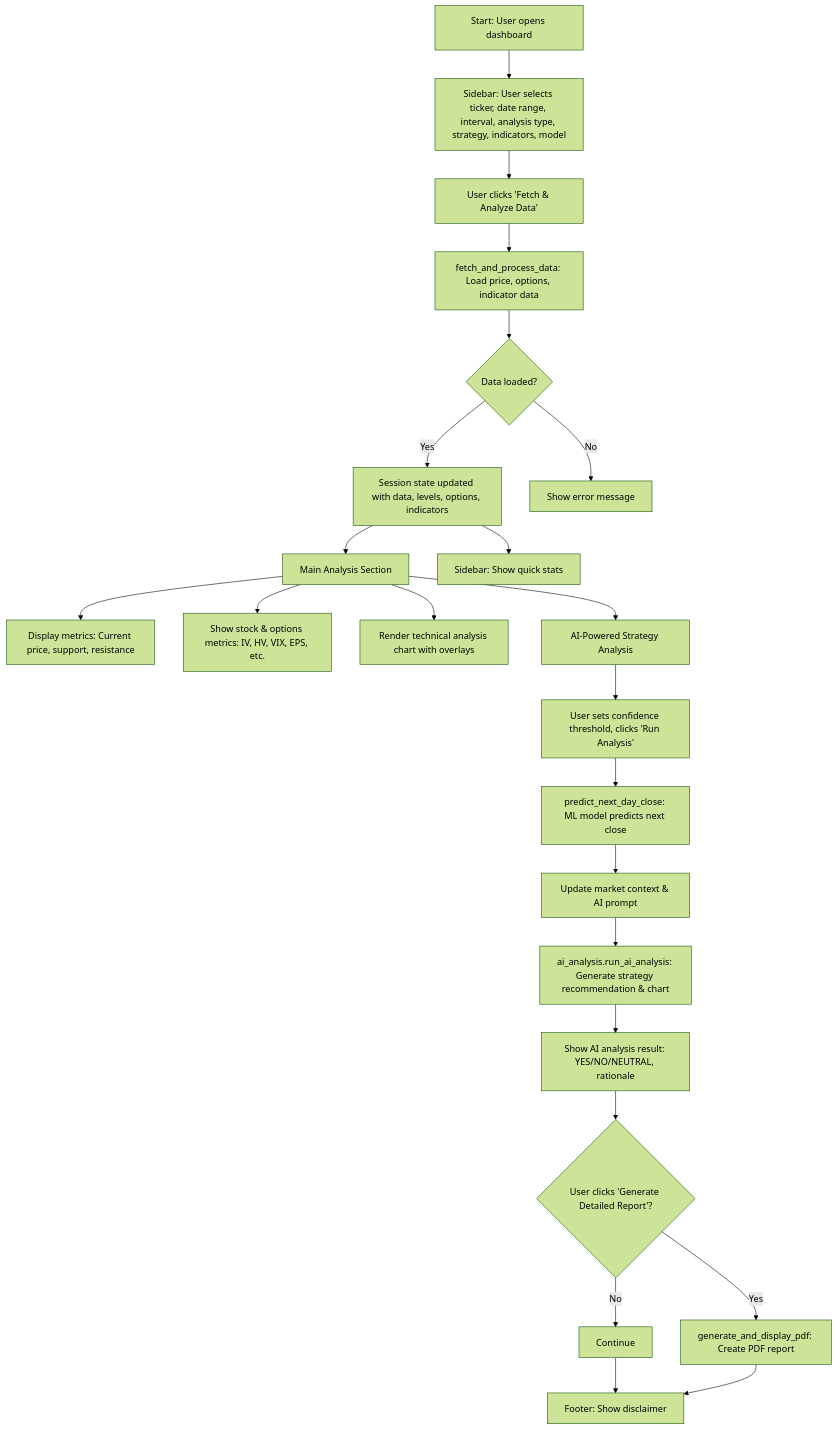
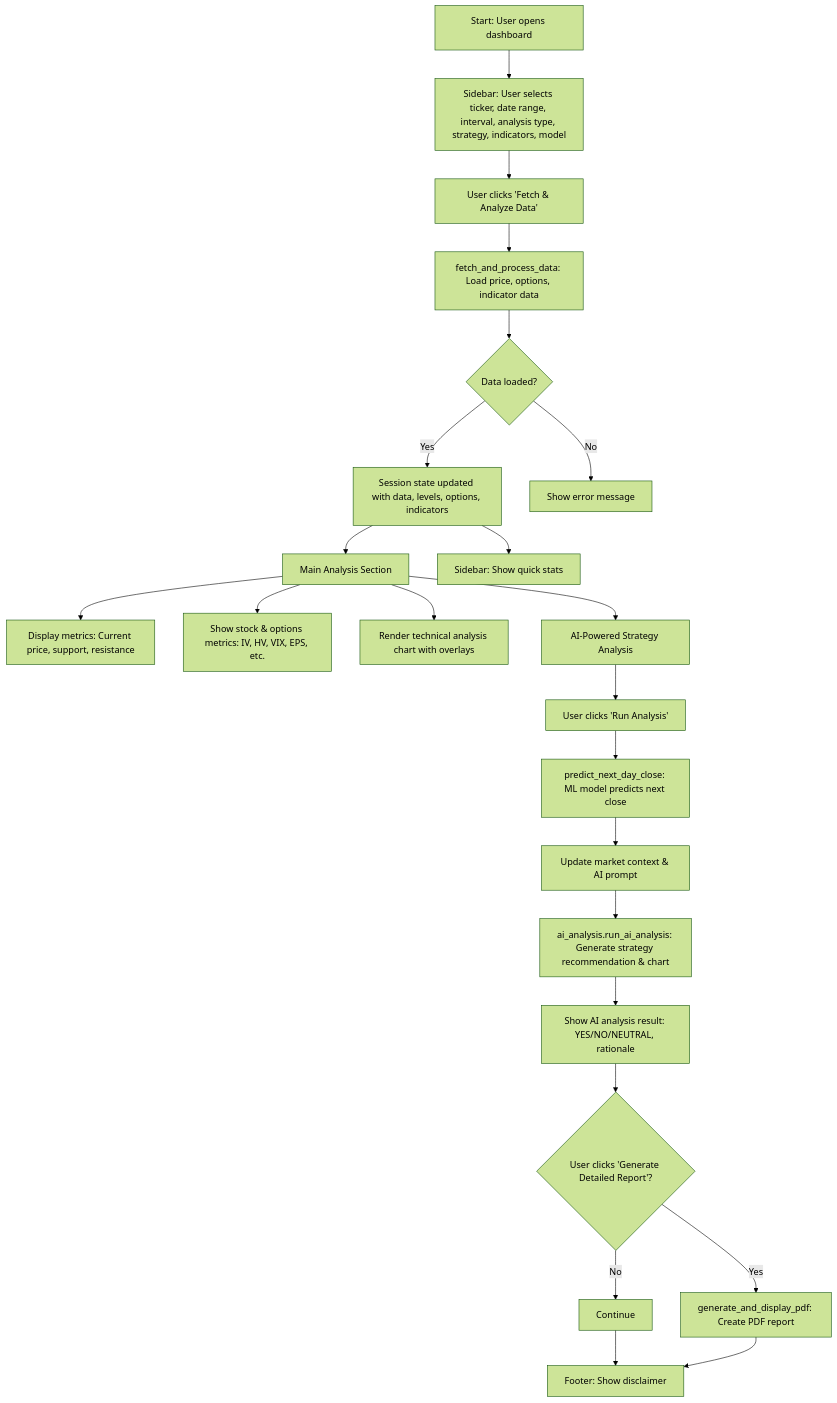
One commit to brndnjrz/ML-technical-analysis changed the diagram in flowchart.md. Above: the diagram before and after it, drawn with Mermaid (forest theme). The commit also changed 7 other files, not shown here.

````diff
--- a/flowchart.md
+++ b/flowchart.md
@@ -1,25 +1,25 @@
 ```mermaid
 flowchart TD
     A[Start: User opens dashboard] --> B[Sidebar: User selects ticker, date range, interval, analysis type, strategy, indicators, model]
     B --> C[User clicks 'Fetch & Analyze Data']
     C --> D[fetch_and_process_data: Load price, options, indicator data]
     D --> E{Data loaded?}
     E -- Yes --> F[Session state updated with data, levels, options, indicators]
     E -- No --> G[Show error message]
     F --> H[Main Analysis Section]
     H --> I[Display metrics: Current price, support, resistance]
     H --> J[Show stock & options metrics: IV, HV, VIX, EPS, etc.]
     H --> K[Render technical analysis chart with overlays]
     H --> L[AI-Powered Strategy Analysis]
-    L --> M[User sets confidence threshold, clicks 'Run Analysis']
+    L --> M[User clicks 'Run Analysis']
     M --> N[predict_next_day_close: ML model predicts next close]
     N --> O[Update market context & AI prompt]
     O --> P[ai_analysis.run_ai_analysis: Generate strategy recommendation & chart]
     P --> Q[Show AI analysis result: YES/NO/NEUTRAL, rationale]
     Q --> R{User clicks 'Generate Detailed Report'?}
     R -- Yes --> S[generate_and_display_pdf: Create PDF report]
     R -- No --> T[Continue]
     F --> U[Sidebar: Show quick stats]
     T --> V[Footer: Show disclaimer]
     S --> V
 ```
````
